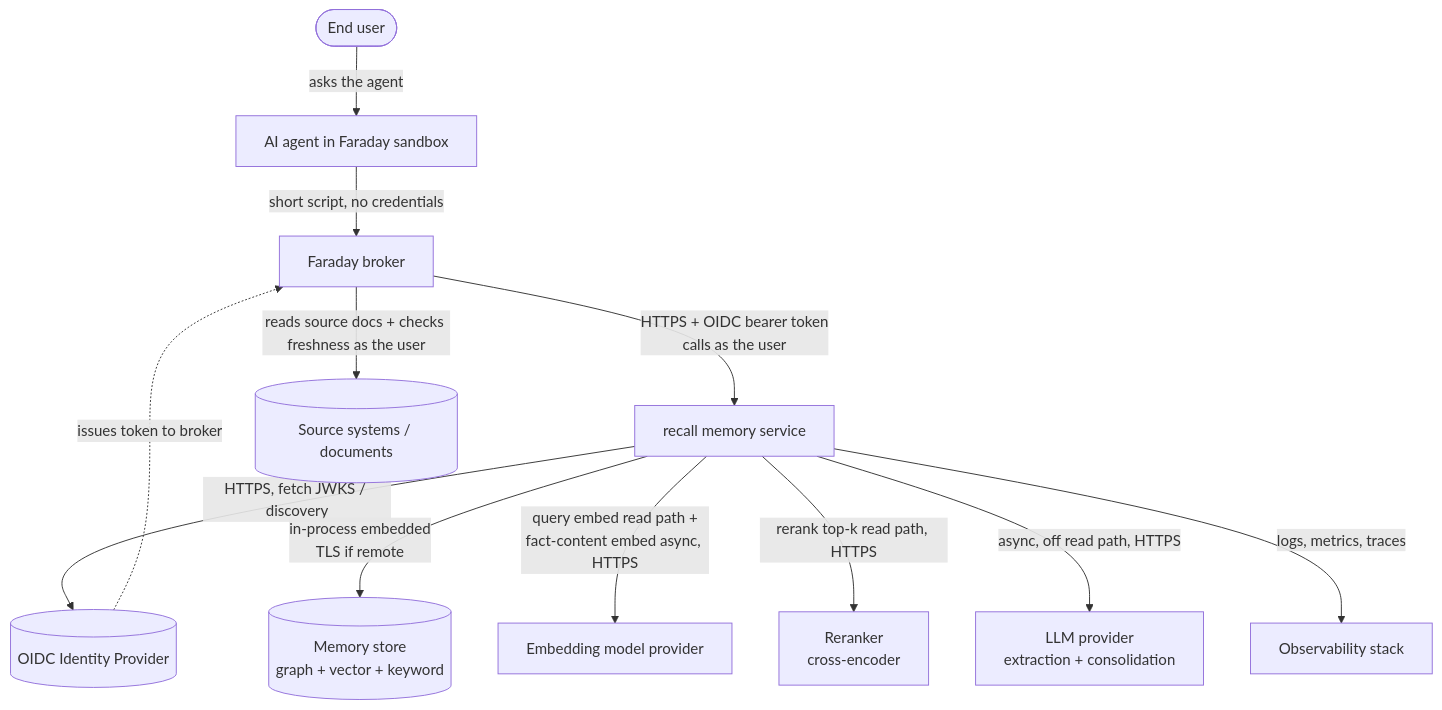
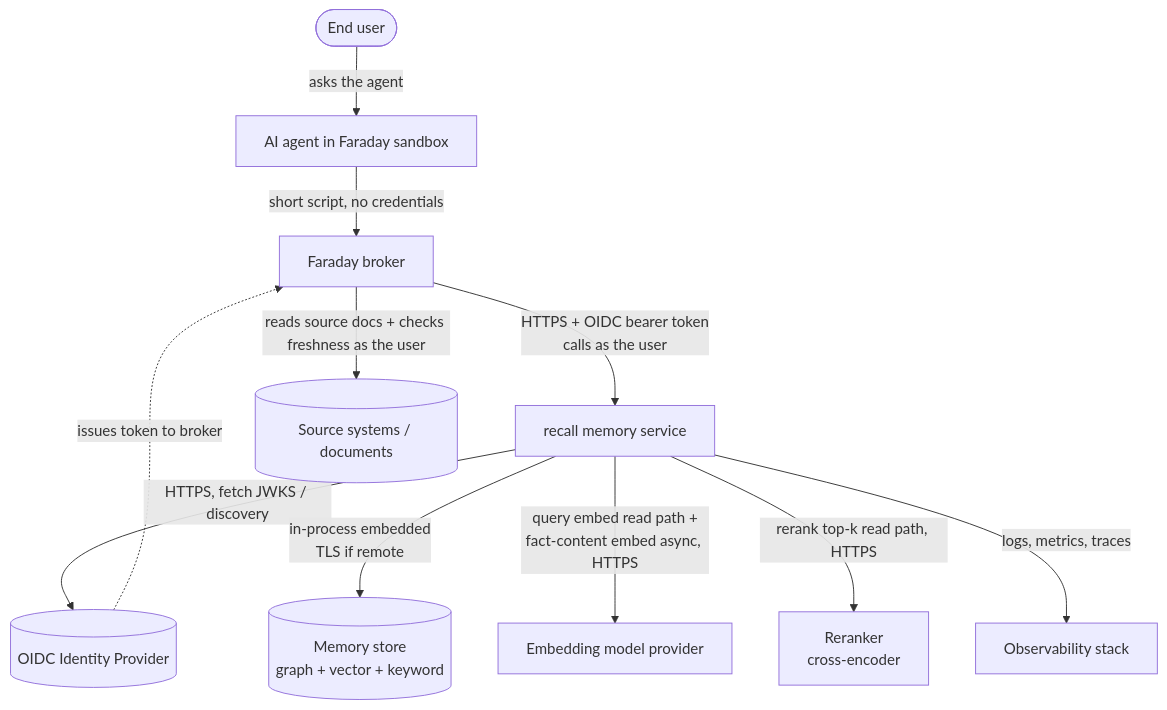
The diagram in docs/design/agentic-memory/01-context.md (gatblau/recall), drawn with Mermaid before and after one commit. The commit also changed other lines of this file and 45 other files, not shown here.

First line of the commit message:
feat(recall): LLM-free — extraction & consolidation move to the agent (ADR-015)

````diff
--- a/docs/design/agentic-memory/01-context.md
+++ b/docs/design/agentic-memory/01-context.md
@@ -8,17 +8,16 @@
 ```mermaid
 flowchart TB
     user([End user]) -->|asks the agent| agent[AI agent in Faraday sandbox]
     agent -->|short script, no credentials| broker[Faraday broker]
     broker -->|HTTPS + OIDC bearer token<br/>calls as the user| recall[recall memory service]
 
     idp[(OIDC Identity Provider)] -.->|issues token to broker| broker
     recall -->|HTTPS, fetch JWKS / discovery| idp
 
     recall -->|in-process embedded<br/>TLS if remote| store[(Memory store<br/>graph + vector + keyword)]
     recall -->|query embed read path +<br/>fact-content embed async, HTTPS| embed[Embedding model provider]
     recall -->|rerank top-k read path, HTTPS| rerank[Reranker<br/>cross-encoder]
-    recall -->|async, off read path, HTTPS| llm[LLM provider<br/>extraction + consolidation]
     broker -->|reads source docs + checks freshness as the user| sources[(Source systems / documents)]
 
     recall -->|logs, metrics, traces| obs[Observability stack]
 ```
````
